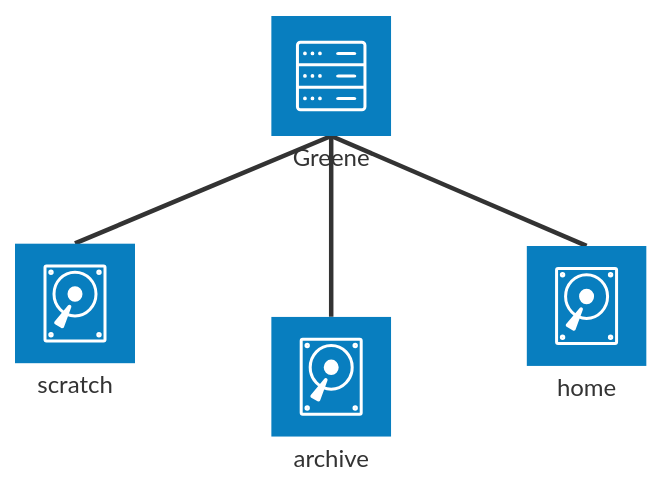
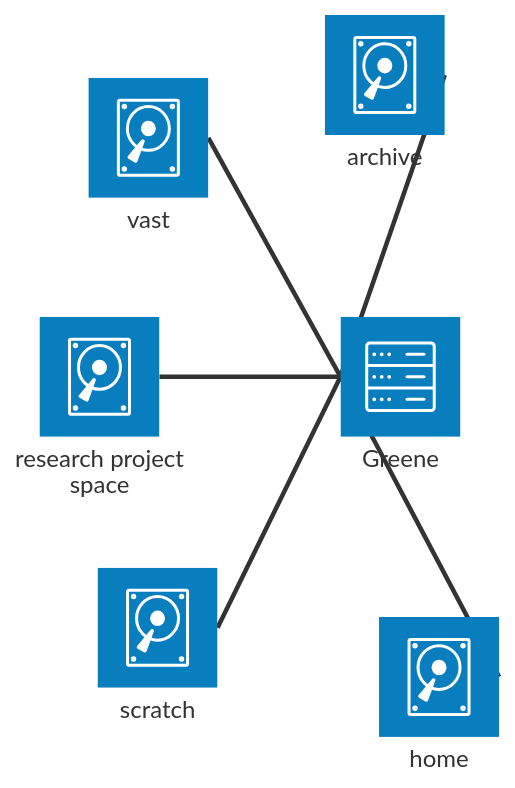
The diagram in docs/hpc/10_tutorials/01_linux_tutorial.mdx (NYU-RTS/rts-docs-dev), drawn with Mermaid before and after one commit. The commit also changed 1 other file, not shown here.

Commit message:
updated mermaid diagrams as suggested in PR

````diff
--- a/docs/hpc/10_tutorials/01_linux_tutorial.mdx
+++ b/docs/hpc/10_tutorials/01_linux_tutorial.mdx
@@ -12,12 +12,16 @@
 ```mermaid
 architecture-beta
     service server(server)[Greene]
     service disk1(disk)[home]
     service disk2(disk)[scratch]
     service disk3(disk)[archive]
+    service disk4(disk)[vast]
+    service disk5(disk)[research project space]
 
-    server:B -- T:disk1
-    server:B -- T:disk2
-    server:B -- T:disk3
+    server:L -- R:disk1
+    server:L -- R:disk2
+    server:L -- R:disk3
+    server:L -- R:disk4
+    server:L -- R:disk5
 
 ```
````
